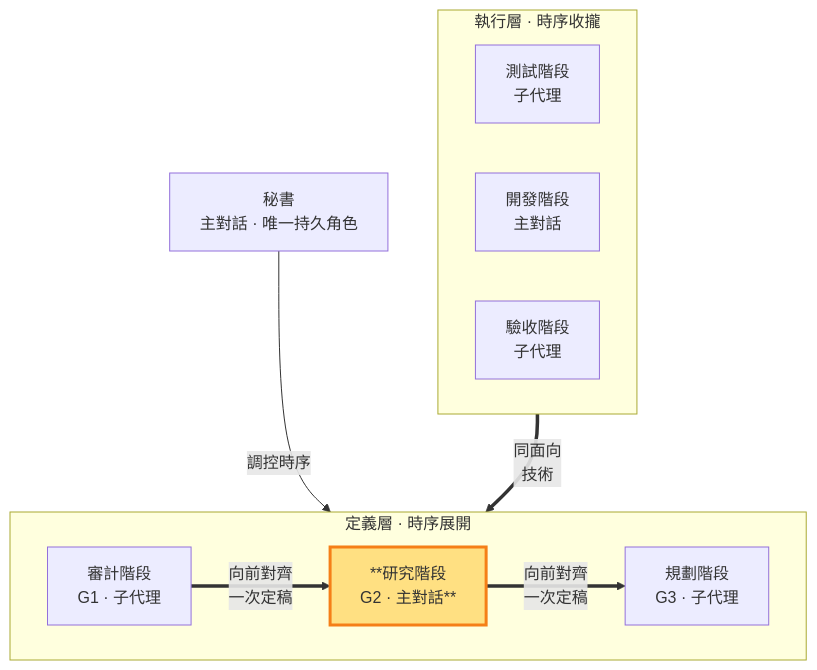
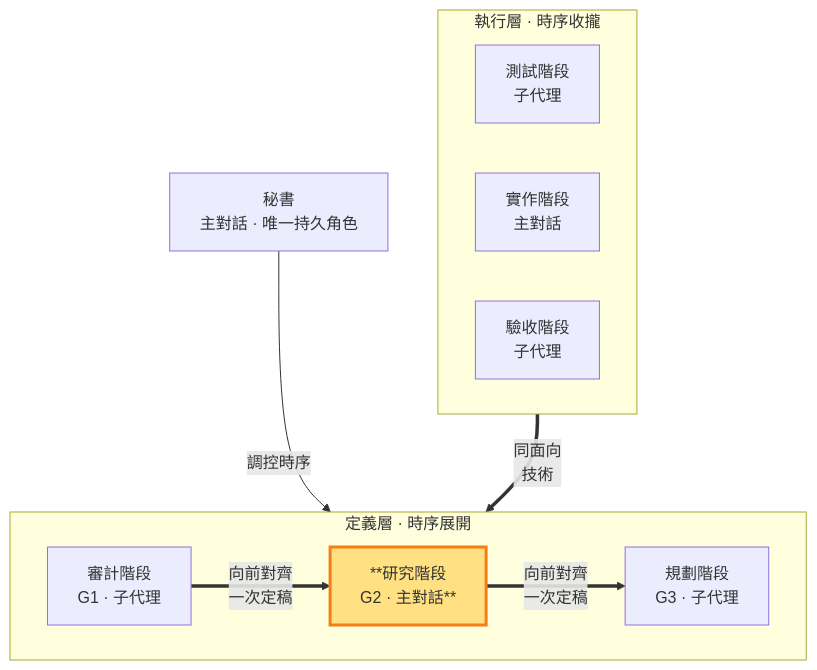
The diagram in skills/shiftblame/references/RESEARCH.md (teps3105/shiftblame), drawn with Mermaid before and after one commit. The commit also changed other lines of this file and 10 other files, not shown here.

````diff
--- a/skills/shiftblame/references/RESEARCH.md
+++ b/skills/shiftblame/references/RESEARCH.md
@@ -15,21 +15,21 @@
 ```mermaid
 flowchart TB
     SEC[秘書<br/>主對話 · 唯一持久角色]
     subgraph Consult["定義層 · 時序展開"]
         direction LR
         AUD["審計階段<br/>G1 · 子代理"]
         RES["**研究階段<br/>G2 · 主對話**"]:::thisrole
         PLA["規劃階段<br/>G3 · 子代理"]
     end
     subgraph Build["執行層 · 時序收攏"]
         direction LR
         TST["測試階段<br/>子代理"]
-        DEV["開發階段<br/>主對話"]
+        DEV["實作階段<br/>主對話"]
         ACC["驗收階段<br/>子代理"]
     end
     SEC -- 調控時序 --> RES
     DEV == "同面向<br/>技術" ==> RES
     AUD == "向前對齊<br/>一次定稿" ==> RES
     RES == "向前對齊<br/>一次定稿" ==> PLA
     classDef thisrole fill:#ffe082,stroke:#f57f17,stroke-width:3px;
 ```
````
